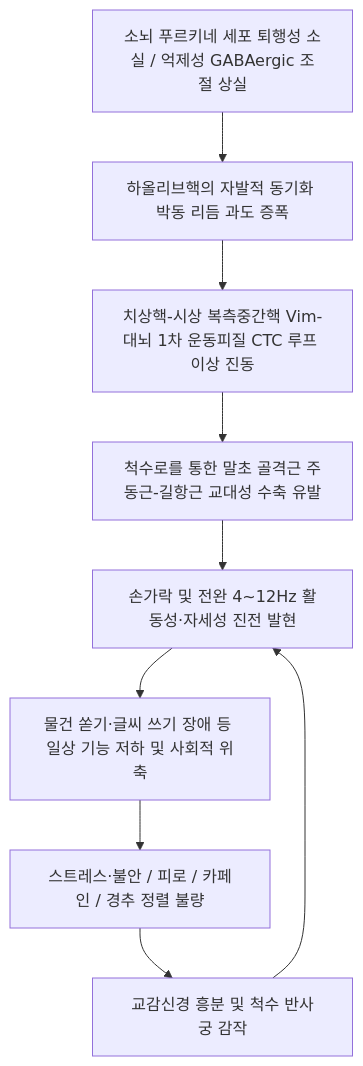
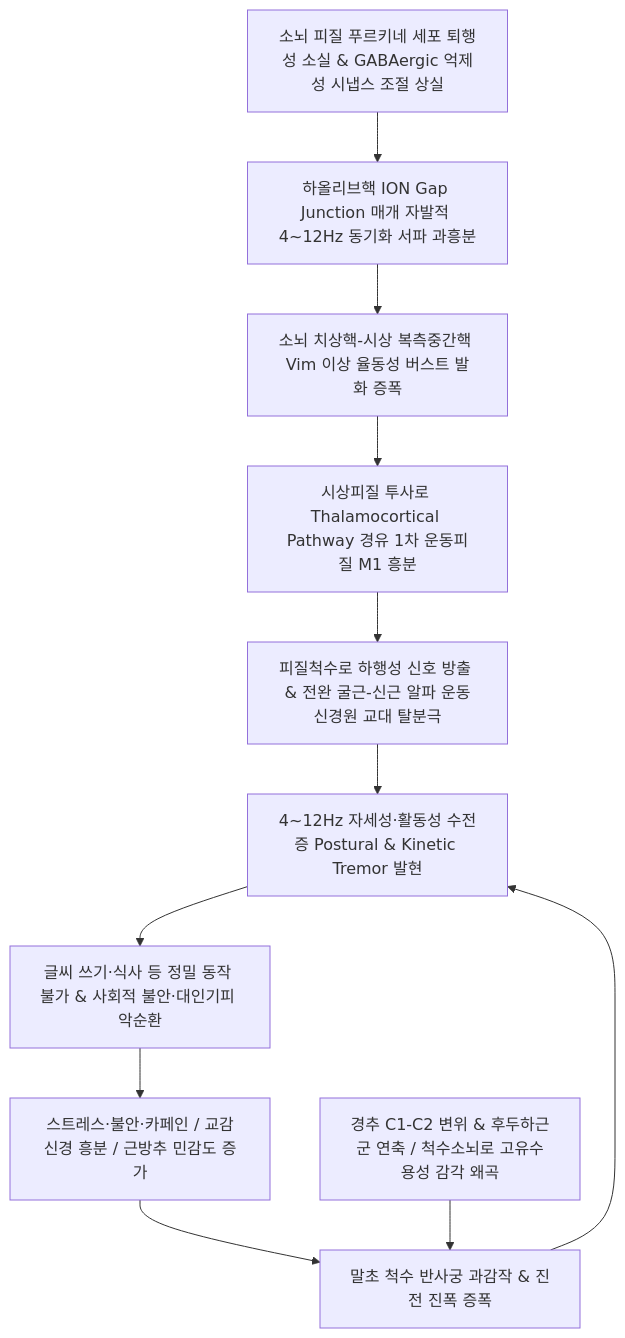
Before and after one commit to simbio11/simbio-digital-garden2: the first of 2 diagrams in content/3. 이론 공부/질환/근골격계 질환/상지/수전증.md, drawn with Mermaid. The commit also changed other lines of this file and 78 other files, not shown here.

````diff
--- a/content/3. 이론 공부/질환/근골격계 질환/상지/수전증.md
+++ b/content/3. 이론 공부/질환/근골격계 질환/상지/수전증.md
@@ -47,11 +89,13 @@
 ```mermaid
 graph TD
-    A[소뇌 푸르키네 세포 퇴행성 소실 / 억제성 GABAergic 조절 상실] --> B[하올리브핵의 자발적 동기화 박동 리듬 과도 증폭]
-    B --> C[치상핵-시상 복측중간핵 Vim-대뇌 1차 운동피질 CTC 루프 이상 진동]
-    C --> D[척수로를 통한 말초 골격근 주동근-길항근 교대성 수축 유발]
-    D --> E[손가락 및 전완 4~12Hz 활동성·자세성 진전 발현]
-    F[스트레스·불안 / 피로 / 카페인 / 경추 정렬 불량] --> G[교감신경 흥분 및 척수 반사궁 감작]
-    G --> E
-    E --> H[물건 쏟기·글씨 쓰기 장애 등 일상 기능 저하 및 사회적 위축]
+    A[소뇌 피질 푸르키네 세포 퇴행성 소실 & GABAergic 억제성 시냅스 조절 상실] --> B[하올리브핵 ION Gap Junction 매개 자발적 4~12Hz 동기화 서파 과흥분]
+    B --> C[소뇌 치상핵-시상 복측중간핵 Vim 이상 율동성 버스트 발화 증폭]
+    C --> D[시상피질 투사로 Thalamocortical Pathway 경유 1차 운동피질 M1 흥분]
+    D --> E[피질척수로 하행성 신호 방출 & 전완 굴근-신근 알파 운동신경원 교대 탈분극]
+    E --> F[4~12Hz 자세성·활동성 수전증 Postural & Kinetic Tremor 발현]
+    G[스트레스·불안·카페인 / 교감신경 흥분 / 근방추 민감도 증가] --> H[말초 척수 반사궁 과감작 & 진전 진폭 증폭]
+    I[경추 C1-C2 변위 & 후두하근군 연축 / 척수소뇌로 고유수용성 감각 왜곡] --> H
     H --> F
+    F --> J[글씨 쓰기·식사 등 정밀 동작 불가 & 사회적 불안·대인기피 악순환]
+    J --> G
 ```
````
